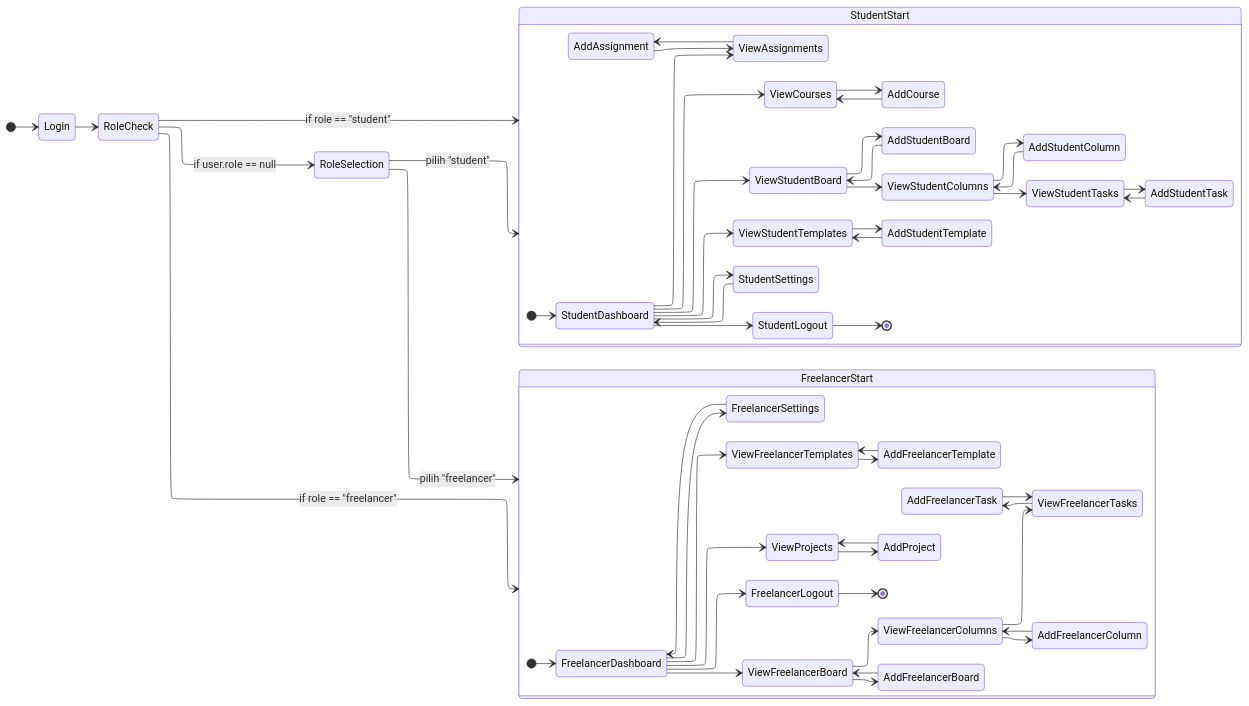
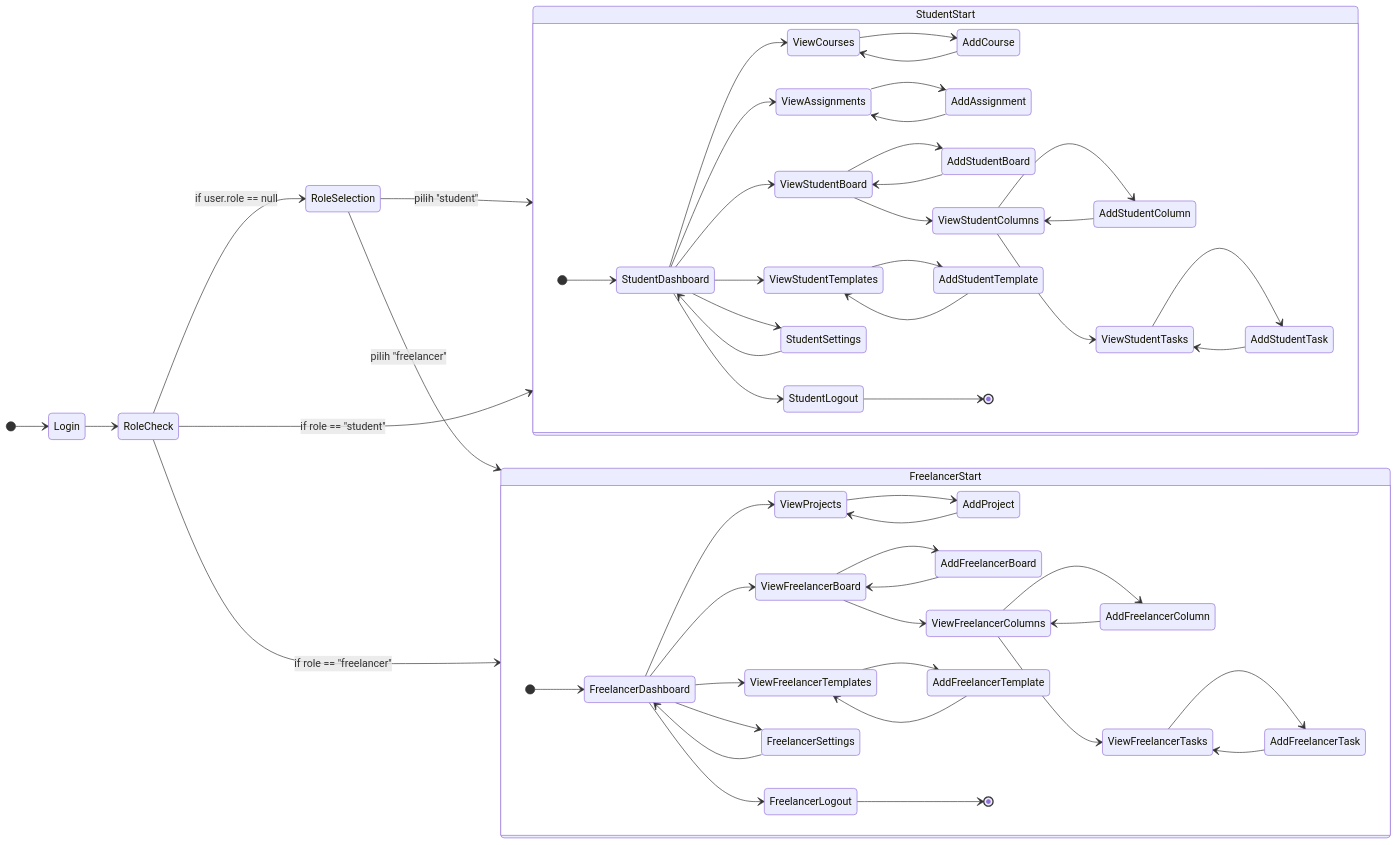
Before and after one commit to aarlazuardi/fix-sisfor-desain-sistem: the diagram in state-diagram.md, drawn with Mermaid.

````diff
--- a/state-diagram.md
+++ b/state-diagram.md
@@ -3,7 +3,6 @@
 ```mermaid
 ---
 config:
-  layout: elk
   theme: default
 ---
 stateDiagram
````
